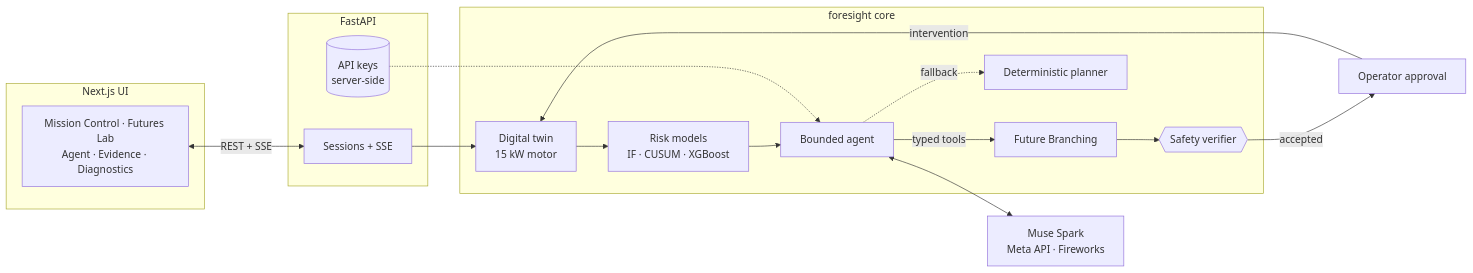
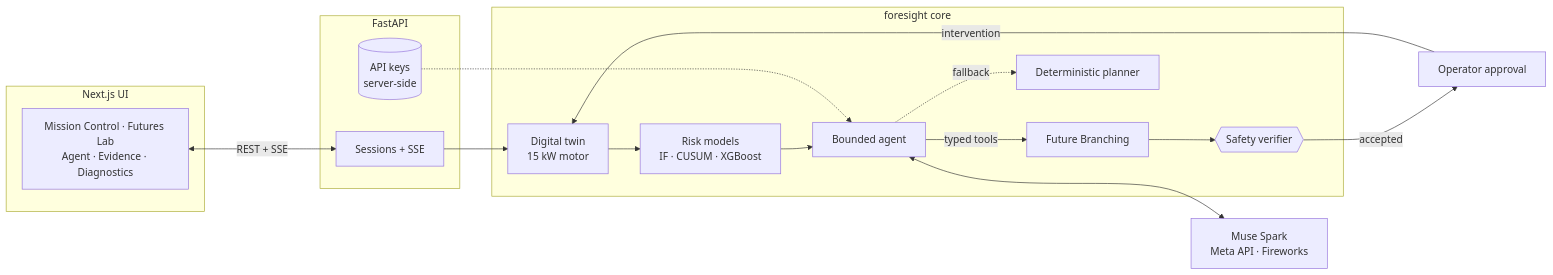
One commit to leninathikam/Foresight-AI changed the diagram in README.md. Above: the diagram before and after it, drawn with Mermaid. The commit also changed other lines of this file and 9 other files, not shown here.

Commit message:
docs: fix LaTeX math delimiters, Mermaid syntax, and relative links

````diff
--- a/README.md
+++ b/README.md
@@ -24,25 +24,25 @@
 ```mermaid
 flowchart LR
     subgraph Web["Next.js UI"]
         UI["Mission Control · Futures Lab<br/>Agent · Evidence · Diagnostics"]
     end
     subgraph API["FastAPI"]
         S["Sessions + SSE"]
         K[("API keys<br/>server-side")]
     end
     subgraph Core["foresight core"]
         TW["Digital twin<br/>15 kW motor"] --> RK["Risk models<br/>IF · CUSUM · XGBoost"]
         RK --> AG["Bounded agent"]
-        AG -- "typed tools" --> FB["Future Branching"]
+        AG -->|"typed tools"| FB["Future Branching"]
         FB --> VF{{"Safety verifier"}}
-        AG -. fallback .-> PL["Deterministic planner"]
+        AG -.->|fallback| PL["Deterministic planner"]
     end
     LLM["Muse Spark<br/>Meta API · Fireworks"]
 
-    UI <-->|"REST + SSE"| S
+    UI <--->|"REST + SSE"| S
     S --> TW
     K -.-> AG
-    AG <--> LLM
-    VF -- "accepted" --> HA["Operator approval"]
-    HA -- "intervention" --> TW
+    AG <---> LLM
+    VF -->|accepted| HA["Operator approval"]
+    HA -->|"intervention"| TW
 ```
````
